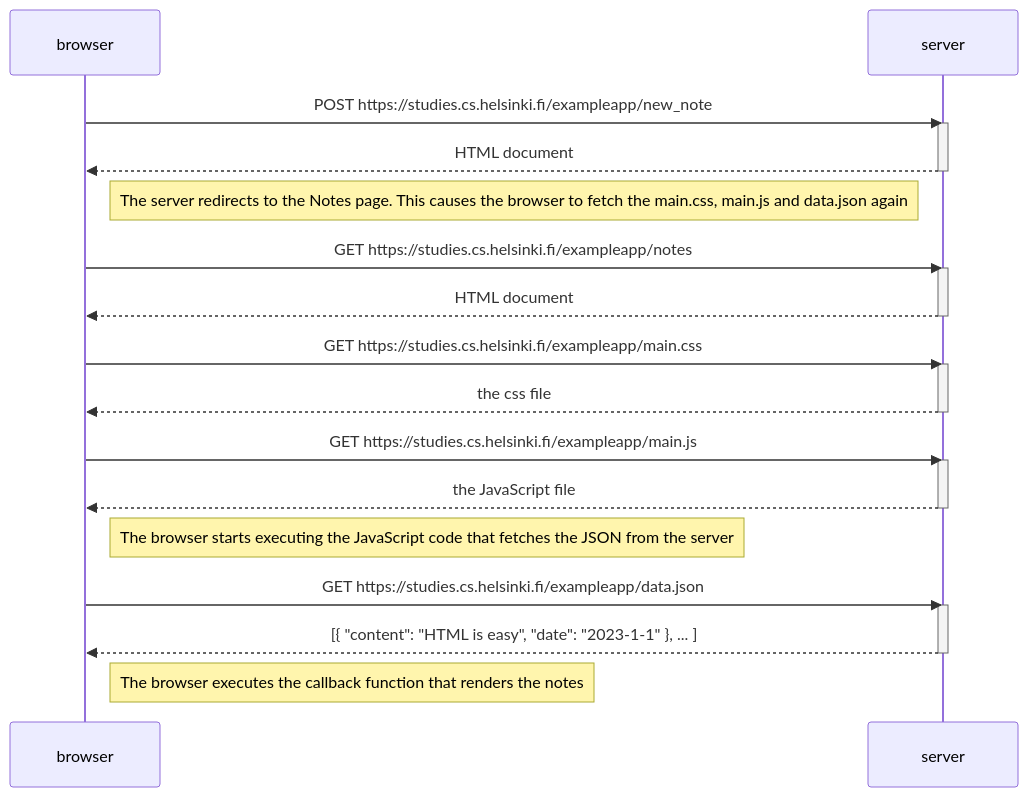
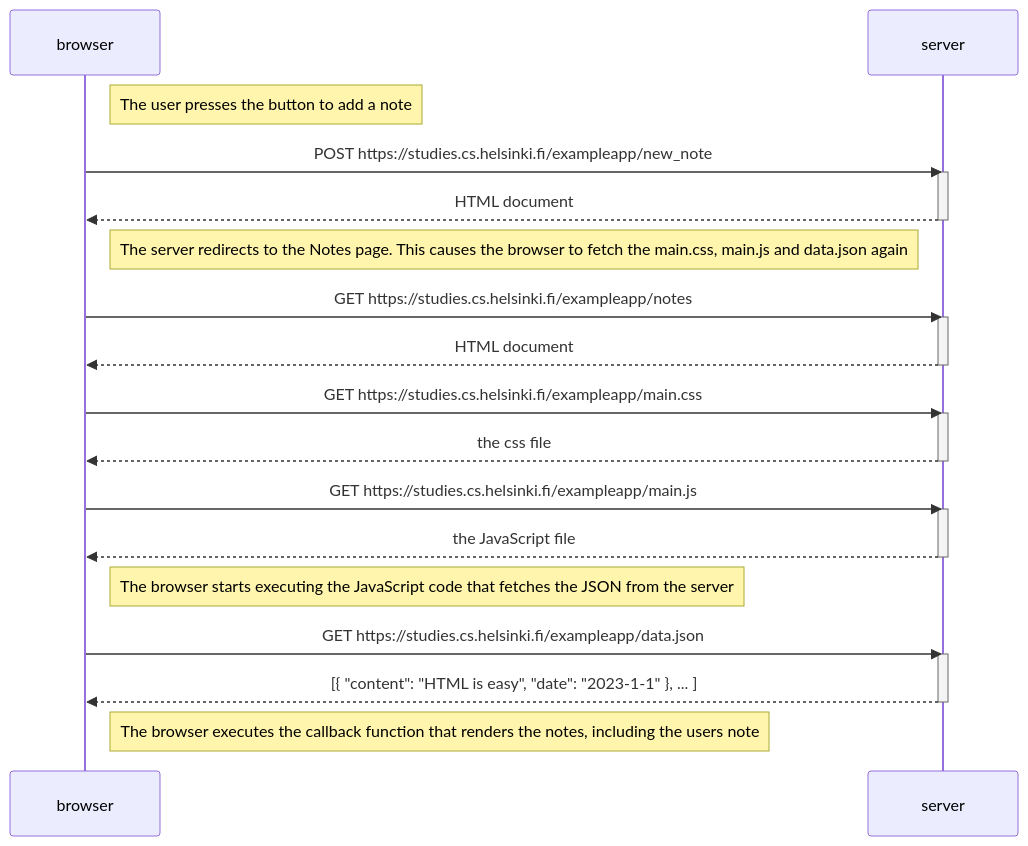
The diagram in part0/0_4.md (MartinhoMacedo/FSO), drawn with Mermaid before and after one commit.

````diff
--- a/part0/0_4.md
+++ b/part0/0_4.md
@@ -3,36 +3,38 @@
 ```mermaid
     sequenceDiagram
         participant browser
         participant server
+
+        Note right of browser: The user presses the button to add a note
 
         browser->>server: POST https://studies.cs.helsinki.fi/exampleapp/new_note
         activate server
         server-->>browser: HTML document
         deactivate server
         
         Note right of browser: The server redirects to the Notes page. This causes the browser to fetch the main.css, main.js and data.json again
 
         browser->>server: GET https://studies.cs.helsinki.fi/exampleapp/notes
         activate server
         server-->>browser: HTML document
         deactivate server
 
         browser->>server: GET https://studies.cs.helsinki.fi/exampleapp/main.css
         activate server
         server-->>browser: the css file
         deactivate server
 
         browser->>server: GET https://studies.cs.helsinki.fi/exampleapp/main.js
         activate server
         server-->>browser: the JavaScript file
         deactivate server
 
         Note right of browser: The browser starts executing the JavaScript code that fetches the JSON from the server
 
         browser->>server: GET https://studies.cs.helsinki.fi/exampleapp/data.json
         activate server
         server-->>browser: [{ "content": "HTML is easy", "date": "2023-1-1" }, ... ]
         deactivate server
 
-        Note right of browser: The browser executes the callback function that renders the notes
+        Note right of browser: The browser executes the callback function that renders the notes, including the users note
 ```
````
